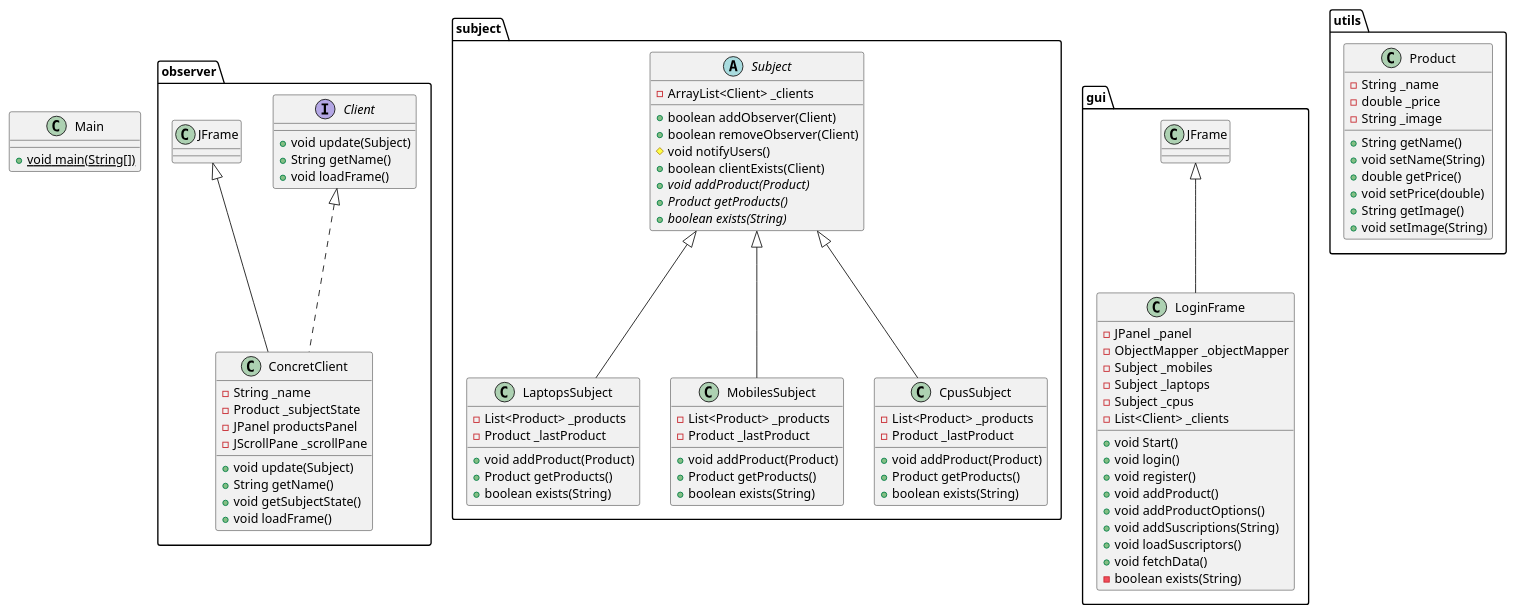
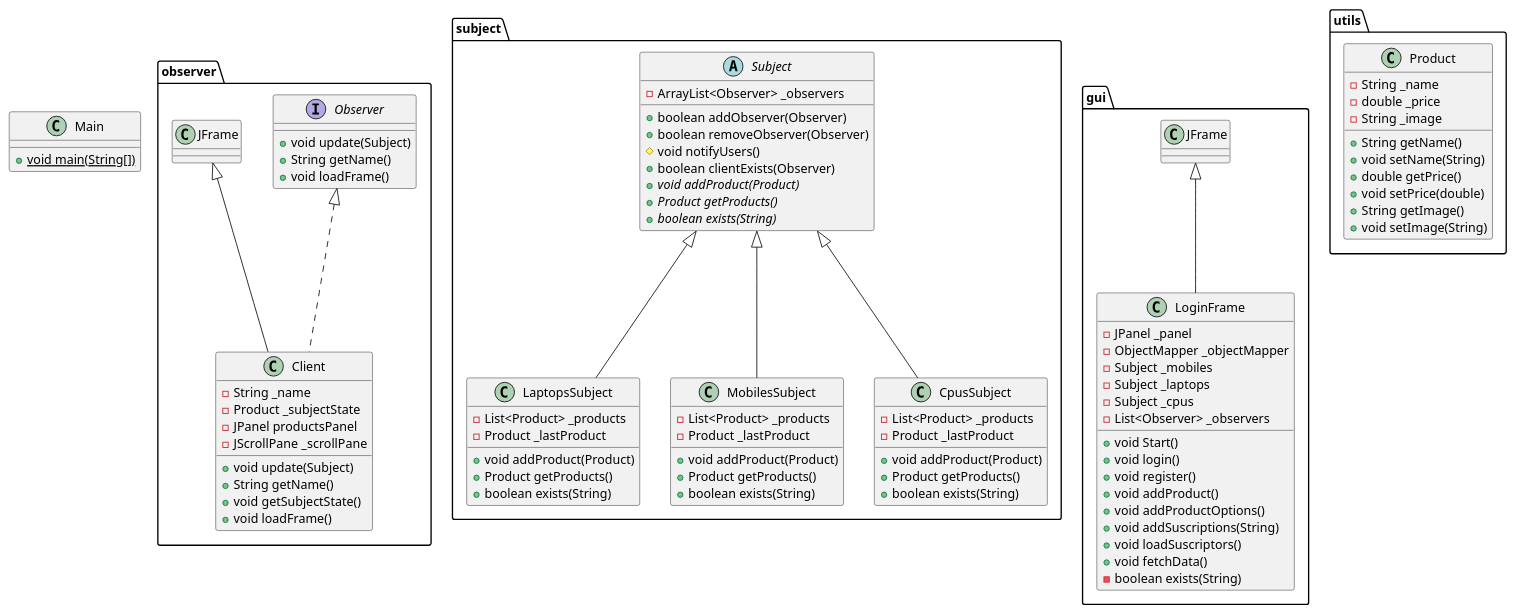
The diagram in uml.puml (RamiroDifonti/observador_dap), drawn with PlantUML before and after one commit.

Commit message:
uml final

```diff
--- a/uml.puml
+++ b/uml.puml
@@ -1,103 +1,103 @@
 @startuml
-interface observer.Client {
+class observer.Client {
+- String _name
+- Product _subjectState
+- JPanel productsPanel
+- JScrollPane _scrollPane
++ void update(Subject)
++ String getName()
++ void getSubjectState()
++ void loadFrame()
+}
+
+
+interface observer.Observer {
 + void update(Subject)
 + String getName()
 + void loadFrame()
 }
 
 class subject.LaptopsSubject {
 - List<Product> _products
 - Product _lastProduct
 + void addProduct(Product)
 + Product getProducts()
 + boolean exists(String)
 }
 
 
-class observer.ConcretClient {
-- String _name
-- Product _subjectState
-- JPanel productsPanel
-- JScrollPane _scrollPane
-+ void update(Subject)
-+ String getName()
-+ void getSubjectState()
-+ void loadFrame()
-}
-
-
 abstract class subject.Subject {
-- ArrayList<Client> _clients
-+ boolean addObserver(Client)
-+ boolean removeObserver(Client)
+- ArrayList<Observer> _observers
++ boolean addObserver(Observer)
++ boolean removeObserver(Observer)
 # void notifyUsers()
-+ boolean clientExists(Client)
++ boolean clientExists(Observer)
 + {abstract}void addProduct(Product)
 + {abstract}Product getProducts()
 + {abstract}boolean exists(String)
 }
 
 
 class subject.MobilesSubject {
 - List<Product> _products
 - Product _lastProduct
 + void addProduct(Product)
 + Product getProducts()
 + boolean exists(String)
 }
 
 
 class subject.CpusSubject {
 - List<Product> _products
 - Product _lastProduct
 + void addProduct(Product)
 + Product getProducts()
 + boolean exists(String)
 }
 
 
 class gui.LoginFrame {
 - JPanel _panel
 - ObjectMapper _objectMapper
 - Subject _mobiles
 - Subject _laptops
 - Subject _cpus
-- List<Client> _clients
+- List<Observer> _observers
 + void Start()
 + void login()
 + void register()
 + void addProduct()
 + void addProductOptions()
 + void addSuscriptions(String)
 + void loadSuscriptors()
 + void fetchData()
 - boolean exists(String)
 }
 
 
 class Main {
 + {static} void main(String[])
 }
 
 class utils.Product {
 - String _name
 - double _price
 - String _image
 + String getName()
 + void setName(String)
 + double getPrice()
 + void setPrice(double)
 + String getImage()
 + void setImage(String)
 }
 
 
 
 
+observer.Observer <|.. observer.Client
+observer.JFrame <|-- observer.Client
 subject.Subject <|-- subject.LaptopsSubject
-observer.Client <|.. observer.ConcretClient
-observer.JFrame <|-- observer.ConcretClient
 subject.Subject <|-- subject.MobilesSubject
 subject.Subject <|-- subject.CpusSubject
 gui.JFrame <|-- gui.LoginFrame
 @enduml
```
